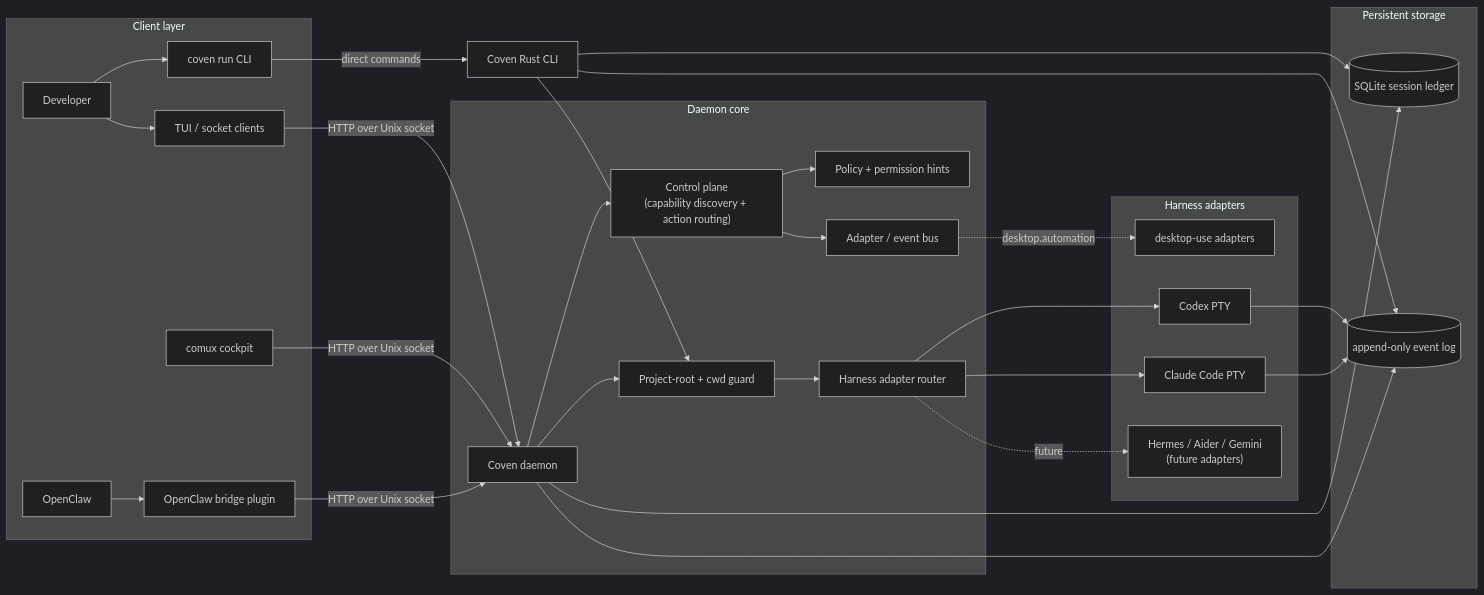
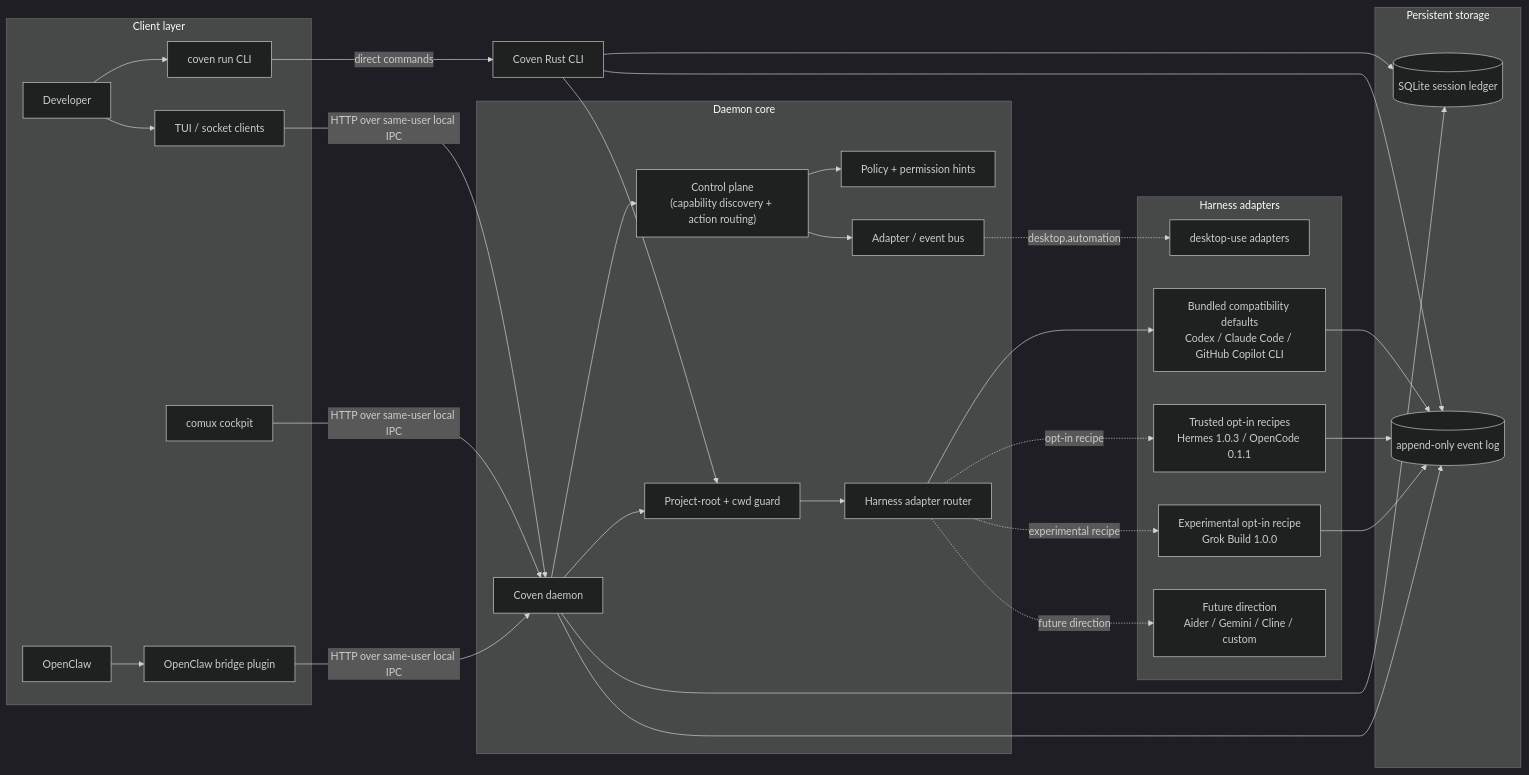
One commit to OpenCoven/coven changed the first of 3 diagrams in docs/ARCHITECTURE.md. Above: the diagram before and after it, drawn with Mermaid (dark theme). The commit also changed 4 other files, not shown here.

````diff
--- a/docs/ARCHITECTURE.md
+++ b/docs/ARCHITECTURE.md
@@ -22,60 +22,63 @@
 ```mermaid
 flowchart LR
   subgraph Clients["Client layer"]
     User[Developer]
     CLI["coven run CLI"]
     SocketClients["TUI / socket clients"]
     Comux["comux cockpit"]
     OpenClaw[OpenClaw]
     Plugin["OpenClaw bridge plugin"]
   end
 
   subgraph DaemonCore["Daemon core"]
     Daemon[Coven daemon]
     Control["Control plane\n(capability discovery + action routing)"]
     Policy["Policy + permission hints"]
     AdapterBus["Adapter / event bus"]
     Boundary["Project-root + cwd guard"]
     HarnessRouter["Harness adapter router"]
   end
 
   subgraph Adapters["Harness adapters"]
-    Codex["Codex PTY"]
-    Claude["Claude Code PTY"]
+    Bundled["Bundled compatibility defaults\nCodex / Claude Code / GitHub Copilot CLI"]
+    Trusted["Trusted opt-in recipes\nHermes 1.0.3 / OpenCode 0.1.1"]
+    Experimental["Experimental opt-in recipe\nGrok Build 1.0.0"]
+    Future["Future direction\nAider / Gemini / Cline / custom"]
     DesktopUse["desktop-use adapters"]
-    Future["Hermes / Aider / Gemini\n(future adapters)"]
   end
 
   subgraph Storage["Persistent storage"]
     Store[(SQLite session ledger)]
     Events[(append-only event log)]
   end
 
   User --> CLI
   CLI -->|direct commands| Rust["Coven Rust CLI"]
   Rust --> Boundary
   Rust --> Store
   Rust --> Events
 
   User --> SocketClients
-  SocketClients -->|"HTTP over Unix socket"| Daemon
-  Comux -->|"HTTP over Unix socket"| Daemon
+  SocketClients -->|"HTTP over same-user local IPC"| Daemon
+  Comux -->|"HTTP over same-user local IPC"| Daemon
   OpenClaw --> Plugin
-  Plugin -->|"HTTP over Unix socket"| Daemon
+  Plugin -->|"HTTP over same-user local IPC"| Daemon
 
   Daemon --> Control
   Control --> Policy
   Control --> AdapterBus
   AdapterBus -.->|desktop.automation| DesktopUse
 
   Daemon --> Boundary
   Boundary --> HarnessRouter
-  HarnessRouter --> Codex
-  HarnessRouter --> Claude
-  HarnessRouter -.->|future| Future
+  HarnessRouter --> Bundled
+  HarnessRouter -.->|opt-in recipe| Trusted
+  HarnessRouter -.->|experimental recipe| Experimental
+  HarnessRouter -.->|future direction| Future
 
   Daemon --> Store
   Daemon --> Events
-  Codex --> Events
-  Claude --> Events
+  Bundled --> Events
+  Trusted --> Events
+  Experimental --> Events
 ```
````
